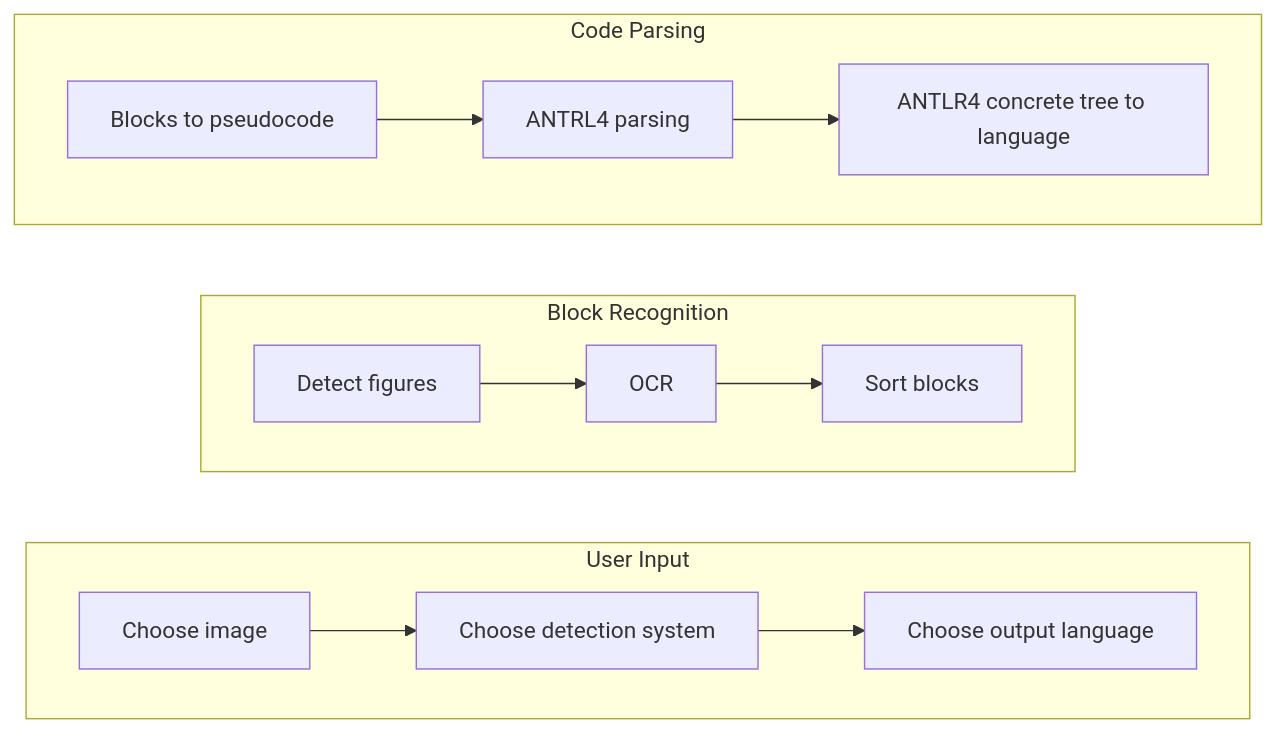
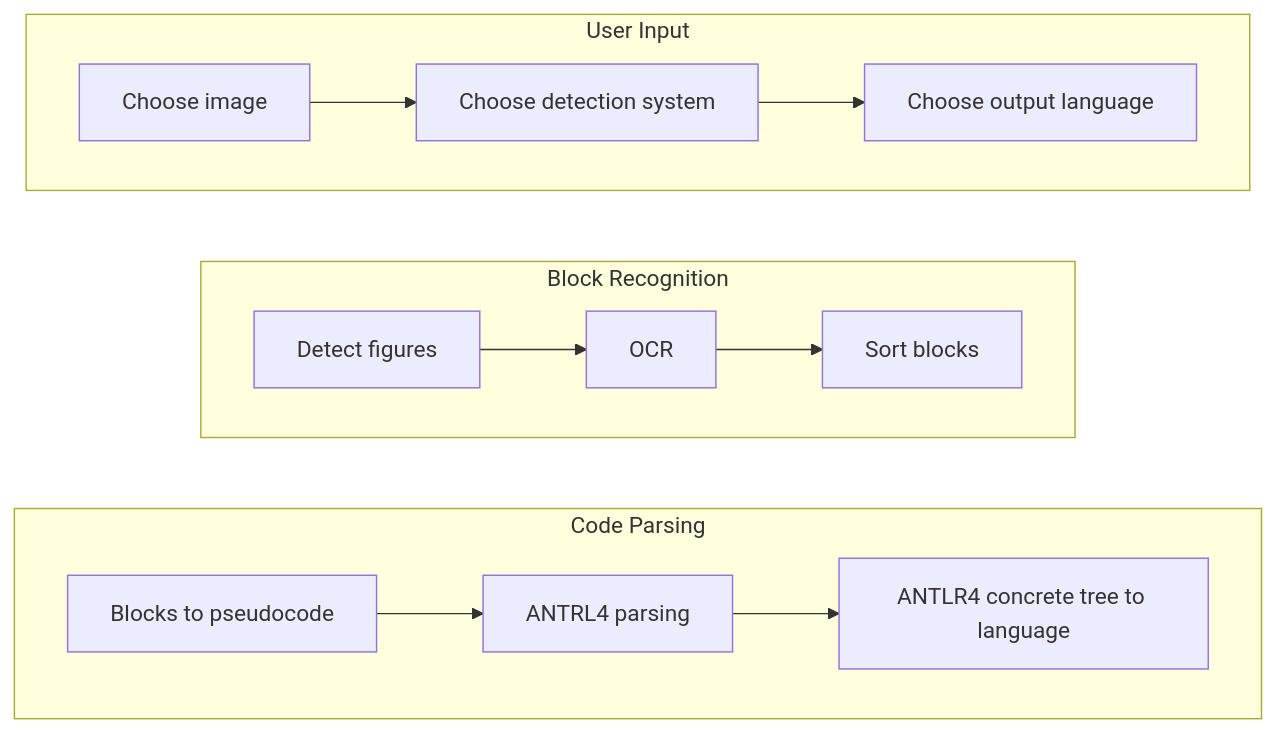
The third of 3 diagrams in README.md (alochimpasplum/Sidekick-S-TFG), drawn with Mermaid before and after one commit. The commit also changed other lines of this file, not shown here.

````diff
--- a/README.md
+++ b/README.md
@@ -56,30 +56,30 @@
 ```mermaid
 graph LR
-  subgraph SUB1[User Input]
+  subgraph SUB3[Code Parsing]
     direction LR
-      A --> B
-      B --> C
+      G --> H
+      H --> I
   end
   
   subgraph SUB2[Block Recognition]
     direction LR
       D --> E
       E --> F
   end
   
-  subgraph SUB3[Code Parsing]
+  subgraph SUB1[User Input]
     direction LR
-      G --> H
-      H --> I
+      A --> B
+      B --> C
   end
   
   A[Choose image]
   B[Choose detection system]
   C[Choose output language]
   D[Detect figures]
   E[OCR]
   F[Sort blocks]
   G[Blocks to pseudocode]
   H[ANTRL4 parsing]
   I[ANTLR4 concrete tree to language]
 ```
````
